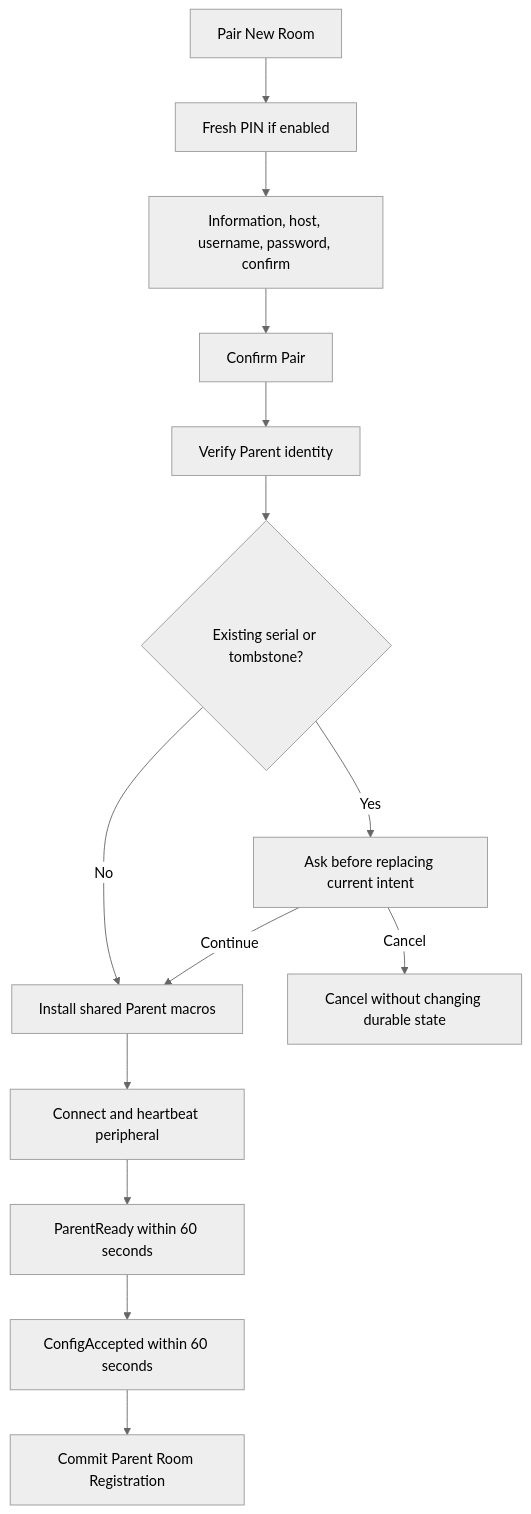
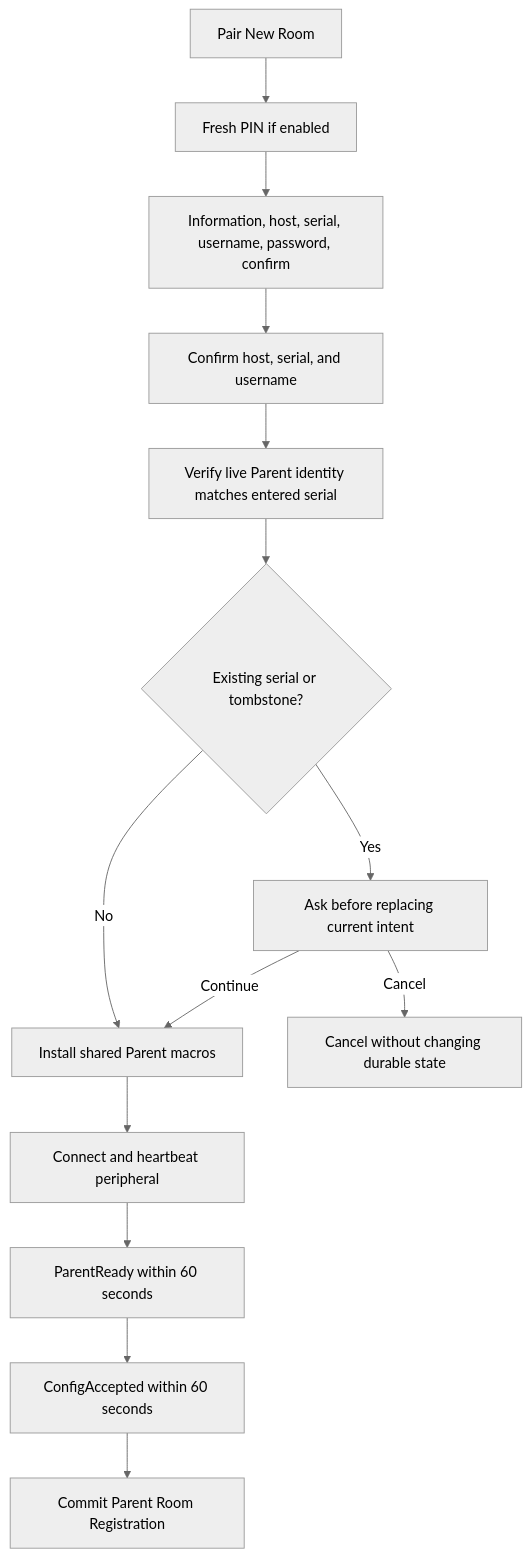
One commit to ctg-tme/Custom_Companion_2026 changed the seventh of 8 diagrams in README.md. Above: the diagram before and after it, drawn with Mermaid (neutral theme). The commit also changed other lines of this file and 7 other files, not shown here.

````diff
--- a/README.md
+++ b/README.md
@@ -278,16 +280,16 @@
 ```mermaid
 flowchart TD
 	A[Pair New Room] --> B[Fresh PIN if enabled]
-	B --> C[Information, host, username, password, confirm]
-	C --> D[Confirm Pair]
-	D --> E[Verify Parent identity]
+	B --> C[Information, host, serial, username, password, confirm]
+	C --> D[Confirm host, serial, and username]
+	D --> E[Verify live Parent identity matches entered serial]
 	E --> F{Existing serial or tombstone?}
 	F -- Yes --> G[Ask before replacing current intent]
 	F -- No --> H[Install shared Parent macros]
 	G -- Continue --> H
 	G -- Cancel --> X[Cancel without changing durable state]
 	H --> I[Connect and heartbeat peripheral]
 	I --> J[ParentReady within 60 seconds]
 	J --> K[ConfigAccepted within 60 seconds]
 	K --> L[Commit Parent Room Registration]
 ```
````
